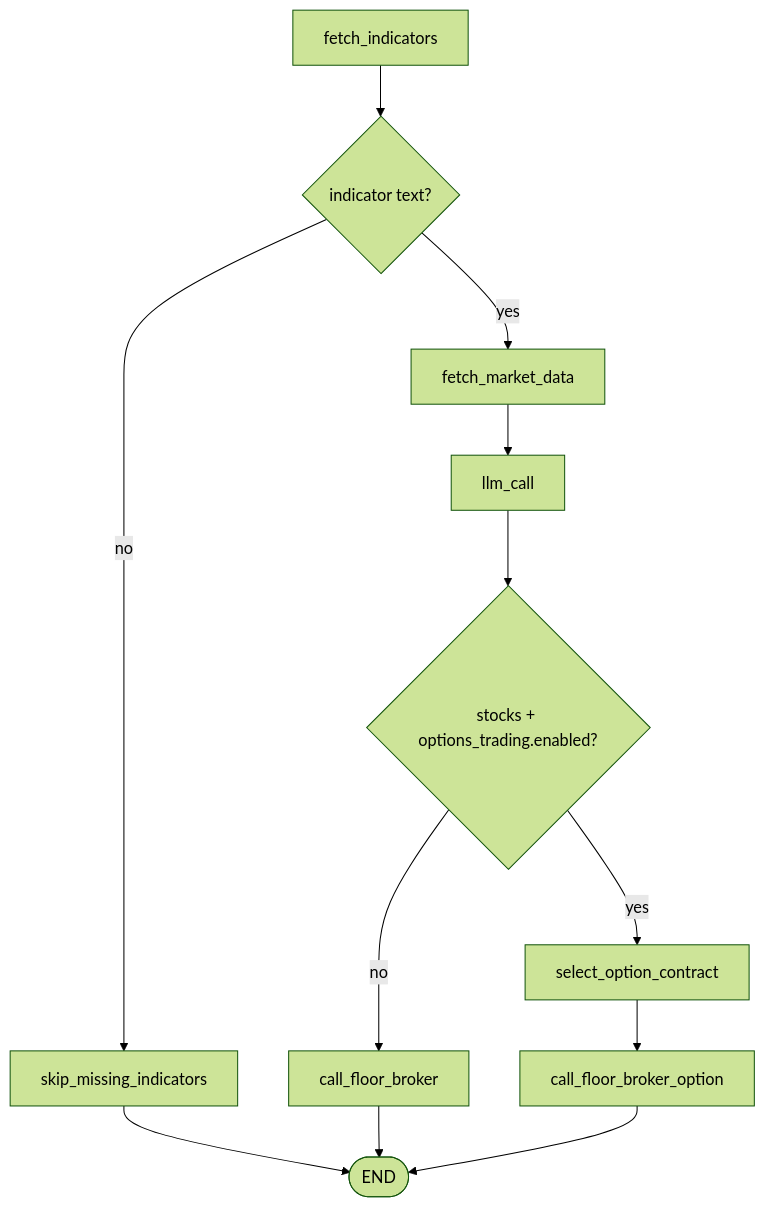
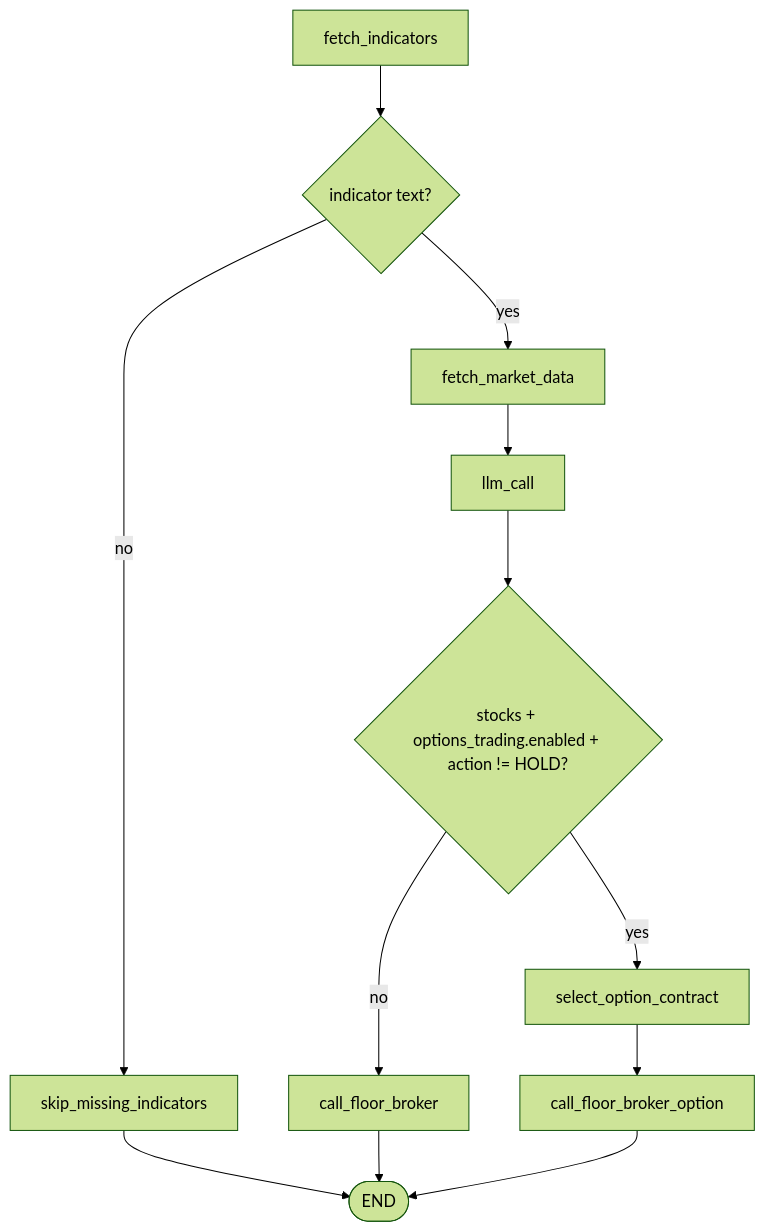
Before and after one commit to miramar-labs-org/multi-agent-ai-trader: the second of 2 diagrams in docs/architecture.md, drawn with Mermaid (forest theme). The commit also changed other lines of this file and 2 other files, not shown here.

````diff
--- a/docs/architecture.md
+++ b/docs/architecture.md
@@ -251,14 +251,14 @@
 ```mermaid
 flowchart TD
     A[fetch_indicators] --> B{indicator text?}
     B -- no --> E[skip_missing_indicators]
     B -- yes --> C[fetch_market_data]
     C --> D[llm_call]
-    D --> H{stocks + options_trading.enabled?}
+    D --> H{stocks + options_trading.enabled + action != HOLD?}
     H -- no --> F[call_floor_broker]
     H -- yes --> I[select_option_contract]
     I --> J[call_floor_broker_option]
     E --> G([END])
     F --> G
     J --> G
 ```
````
